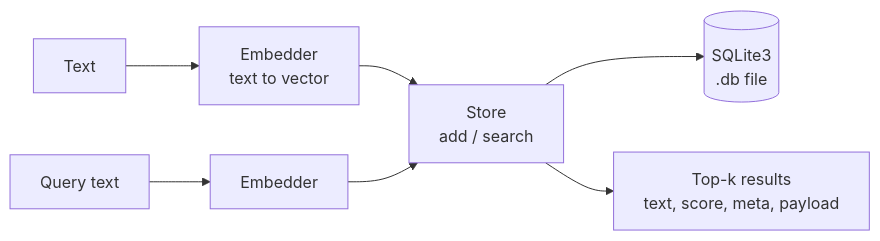
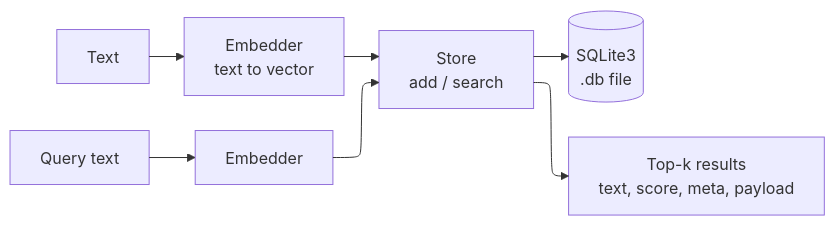
The diagram in README.md (nogginly/vecstolite.cr), drawn with Mermaid before and after one commit. The commit also changed other lines of this file and 3 other files, not shown here.

````diff
--- a/README.md
+++ b/README.md
@@ -26,13 +26,17 @@
 ```mermaid
+---
+config:
+  layout: elk
+---
 flowchart LR
     T["Text"] --> E["Embedder
     text to vector"]
     E --> S["Store
     add / search"]
     S --> DB[("SQLite3
     .db file")]
     Q["Query text"] --> E2["Embedder"]
     E2 --> S
     S --> R["Top-k results
     text, score, meta, payload"]
 ```
````
